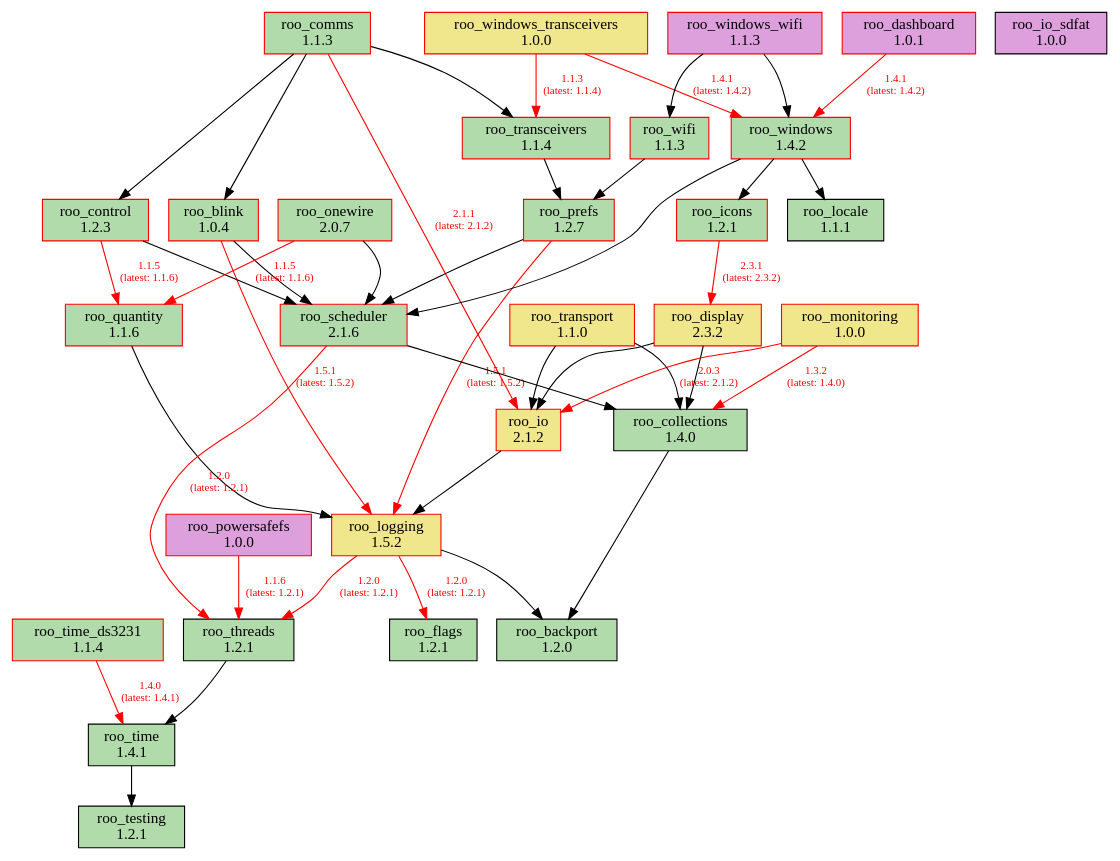
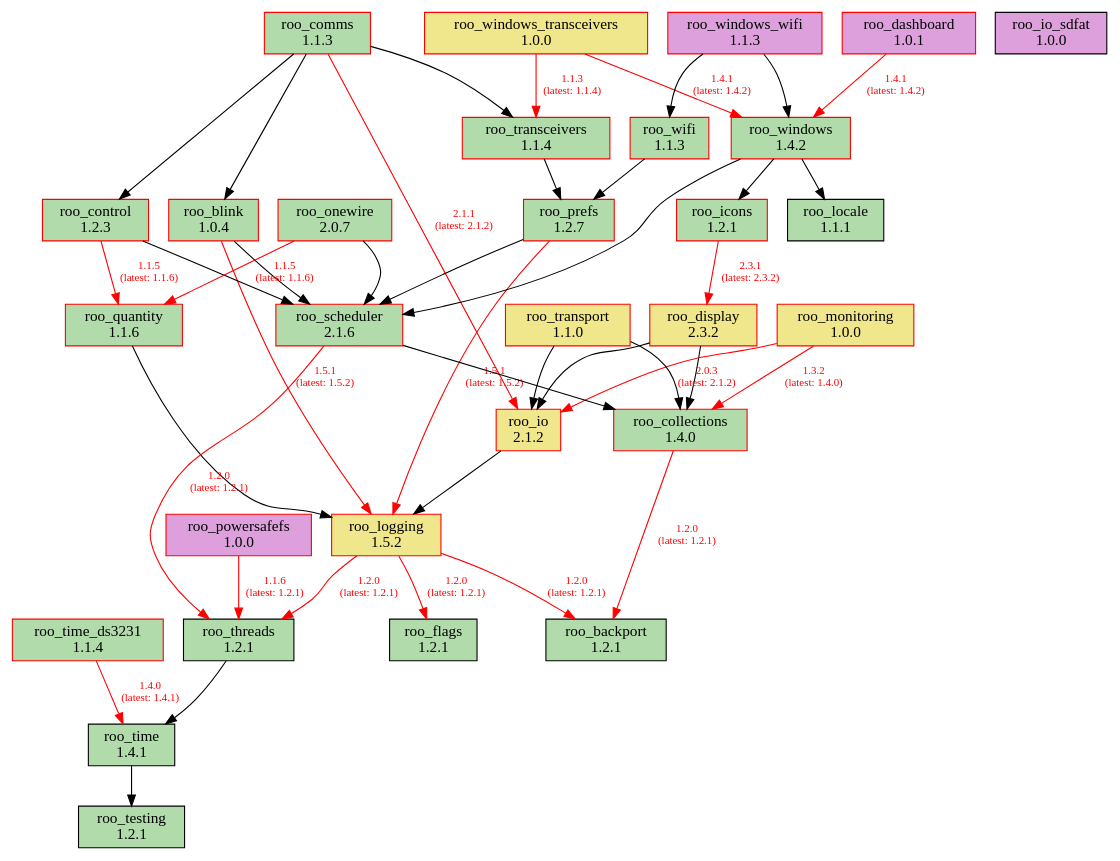
Before and after one commit to dejwk/roo-registry: the diagram in doc/dependencies.dot, drawn with Graphviz. The commit also changed 3 other files, not shown here.

Commit message:
Added roo_backport 1.2.1 to the registry.

```diff
--- a/doc/dependencies.dot
+++ b/doc/dependencies.dot
@@ -1,79 +1,79 @@
 digraph dependencies {
     rankdir=TB;
     node [shape=box, style=filled];
     edge [fontsize=10];
 
     // Modules
-    "roo_backport" [label="roo_backport\n1.2.0", fillcolor="#b1dbab", color="black"];
+    "roo_backport" [label="roo_backport\n1.2.1", fillcolor="#b1dbab", color="black"];
     "roo_blink" [label="roo_blink\n1.0.4", fillcolor="#b1dbab", color="red"];
-    "roo_collections" [label="roo_collections\n1.4.0", fillcolor="#b1dbab", color="black"];
+    "roo_collections" [label="roo_collections\n1.4.0", fillcolor="#b1dbab", color="red"];
     "roo_comms" [label="roo_comms\n1.1.3", fillcolor="#b1dbab", color="red"];
     "roo_control" [label="roo_control\n1.2.3", fillcolor="#b1dbab", color="red"];
     "roo_dashboard" [label="roo_dashboard\n1.0.1", fillcolor="plum", color="red"];
     "roo_display" [label="roo_display\n2.3.2", fillcolor="khaki", color="red"];
     "roo_flags" [label="roo_flags\n1.2.1", fillcolor="#b1dbab", color="black"];
     "roo_icons" [label="roo_icons\n1.2.1", fillcolor="#b1dbab", color="red"];
     "roo_io" [label="roo_io\n2.1.2", fillcolor="khaki", color="red"];
     "roo_io_sdfat" [label="roo_io_sdfat\n1.0.0", fillcolor="plum", color="black"];
     "roo_locale" [label="roo_locale\n1.1.1", fillcolor="#b1dbab", color="black"];
     "roo_logging" [label="roo_logging\n1.5.2", fillcolor="khaki", color="red"];
     "roo_monitoring" [label="roo_monitoring\n1.0.0", fillcolor="khaki", color="red"];
     "roo_onewire" [label="roo_onewire\n2.0.7", fillcolor="#b1dbab", color="red"];
     "roo_powersafefs" [label="roo_powersafefs\n1.0.0", fillcolor="plum", color="red"];
     "roo_prefs" [label="roo_prefs\n1.2.7", fillcolor="#b1dbab", color="red"];
     "roo_quantity" [label="roo_quantity\n1.1.6", fillcolor="#b1dbab", color="red"];
     "roo_scheduler" [label="roo_scheduler\n2.1.6", fillcolor="#b1dbab", color="red"];
     "roo_testing" [label="roo_testing\n1.2.1", fillcolor="#b1dbab", color="black"];
     "roo_threads" [label="roo_threads\n1.2.1", fillcolor="#b1dbab", color="black"];
     "roo_time" [label="roo_time\n1.4.1", fillcolor="#b1dbab", color="black"];
     "roo_time_ds3231" [label="roo_time_ds3231\n1.1.4", fillcolor="#b1dbab", color="red"];
     "roo_transceivers" [label="roo_transceivers\n1.1.4", fillcolor="#b1dbab", color="red"];
     "roo_transport" [label="roo_transport\n1.1.0", fillcolor="khaki", color="red"];
     "roo_wifi" [label="roo_wifi\n1.1.3", fillcolor="#b1dbab", color="red"];
     "roo_windows" [label="roo_windows\n1.4.2", fillcolor="#b1dbab", color="red"];
     "roo_windows_transceivers" [label="roo_windows_transceivers\n1.0.0", fillcolor="khaki", color="red"];
     "roo_windows_wifi" [label="roo_windows_wifi\n1.1.3", fillcolor="plum", color="red"];
 
     // Dependencies
     "roo_blink" -> "roo_logging" [color=red, fontcolor=red, label="1.5.1\n(latest: 1.5.2)"];
     "roo_blink" -> "roo_scheduler";
-    "roo_collections" -> "roo_backport";
+    "roo_collections" -> "roo_backport" [color=red, fontcolor=red, label="1.2.0\n(latest: 1.2.1)"];
     "roo_comms" -> "roo_blink";
     "roo_comms" -> "roo_control";
     "roo_comms" -> "roo_io" [color=red, fontcolor=red, label="2.1.1\n(latest: 2.1.2)"];
     "roo_comms" -> "roo_transceivers";
     "roo_control" -> "roo_quantity" [color=red, fontcolor=red, label="1.1.5\n(latest: 1.1.6)"];
     "roo_control" -> "roo_scheduler";
     "roo_dashboard" -> "roo_windows" [color=red, fontcolor=red, label="1.4.1\n(latest: 1.4.2)"];
     "roo_display" -> "roo_collections";
     "roo_display" -> "roo_io";
     "roo_icons" -> "roo_display" [color=red, fontcolor=red, label="2.3.1\n(latest: 2.3.2)"];
     "roo_io" -> "roo_logging";
-    "roo_logging" -> "roo_backport";
+    "roo_logging" -> "roo_backport" [color=red, fontcolor=red, label="1.2.0\n(latest: 1.2.1)"];
     "roo_logging" -> "roo_flags" [color=red, fontcolor=red, label="1.2.0\n(latest: 1.2.1)"];
     "roo_logging" -> "roo_threads" [color=red, fontcolor=red, label="1.2.0\n(latest: 1.2.1)"];
     "roo_monitoring" -> "roo_collections" [color=red, fontcolor=red, label="1.3.2\n(latest: 1.4.0)"];
     "roo_monitoring" -> "roo_io" [color=red, fontcolor=red, label="2.0.3\n(latest: 2.1.2)"];
     "roo_onewire" -> "roo_scheduler";
     "roo_onewire" -> "roo_quantity" [color=red, fontcolor=red, label="1.1.5\n(latest: 1.1.6)"];
     "roo_powersafefs" -> "roo_threads" [color=red, fontcolor=red, label="1.1.6\n(latest: 1.2.1)"];
     "roo_prefs" -> "roo_logging" [color=red, fontcolor=red, label="1.5.1\n(latest: 1.5.2)"];
     "roo_prefs" -> "roo_scheduler";
     "roo_quantity" -> "roo_logging";
     "roo_scheduler" -> "roo_collections";
     "roo_scheduler" -> "roo_threads" [color=red, fontcolor=red, label="1.2.0\n(latest: 1.2.1)"];
     "roo_threads" -> "roo_time";
     "roo_time" -> "roo_testing";
     "roo_time_ds3231" -> "roo_time" [color=red, fontcolor=red, label="1.4.0\n(latest: 1.4.1)"];
     "roo_transceivers" -> "roo_prefs";
     "roo_transport" -> "roo_collections";
     "roo_transport" -> "roo_io";
     "roo_wifi" -> "roo_prefs";
     "roo_windows" -> "roo_locale";
     "roo_windows" -> "roo_icons";
     "roo_windows" -> "roo_scheduler";
     "roo_windows_transceivers" -> "roo_transceivers" [color=red, fontcolor=red, label="1.1.3\n(latest: 1.1.4)"];
     "roo_windows_transceivers" -> "roo_windows" [color=red, fontcolor=red, label="1.4.1\n(latest: 1.4.2)"];
     "roo_windows_wifi" -> "roo_wifi";
     "roo_windows_wifi" -> "roo_windows";
 }
```
